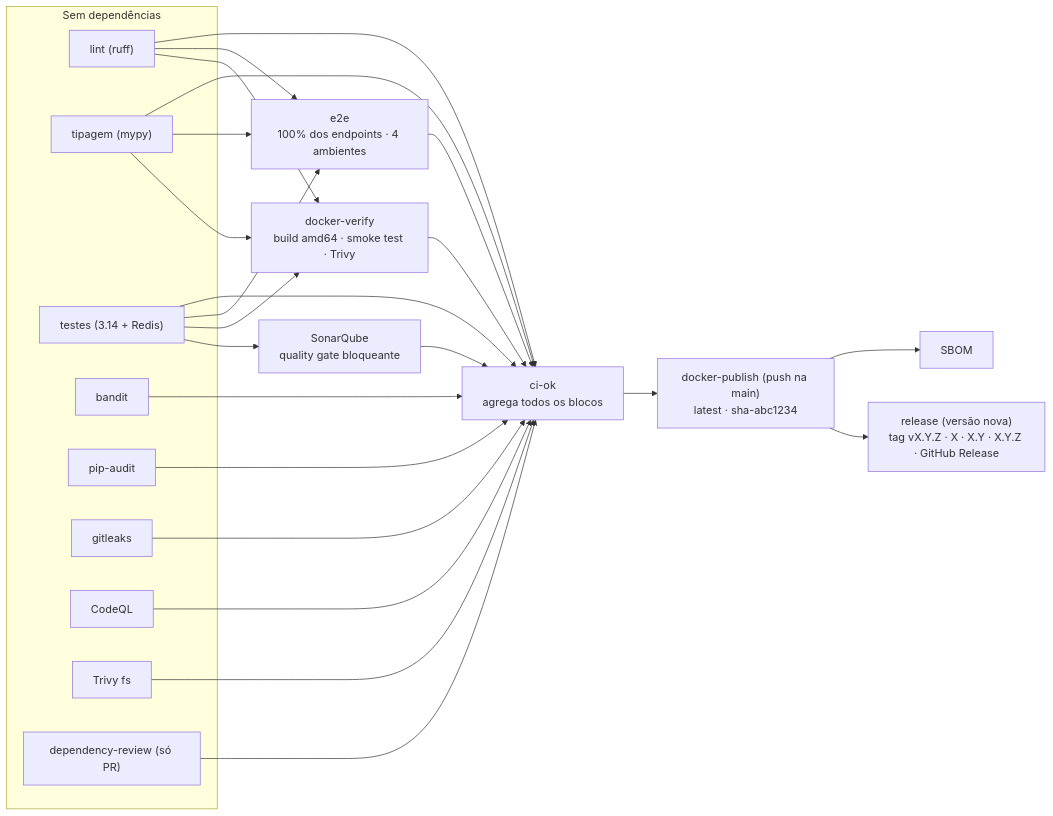
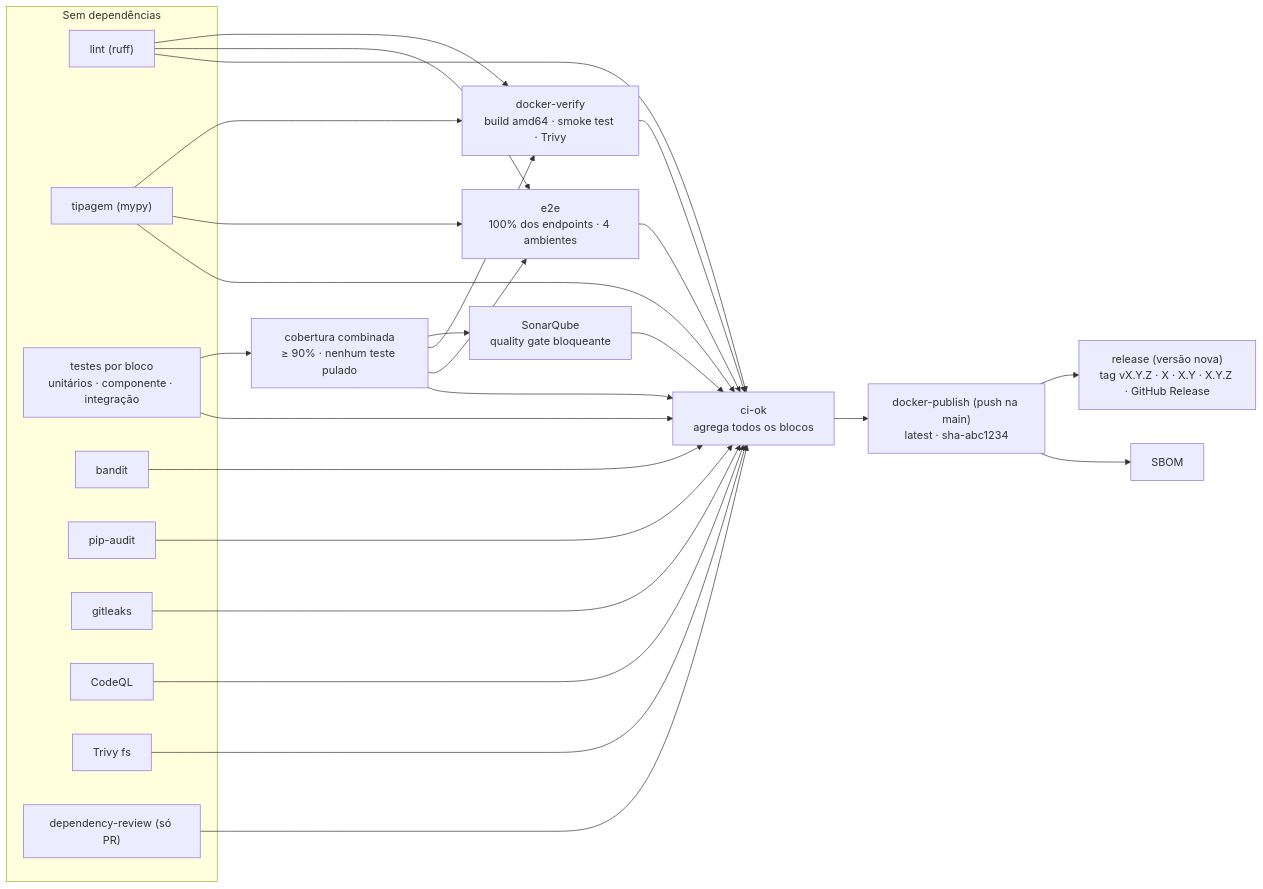
The sixth of 7 diagrams in README.md (rlquilez/b3datetime), drawn with Mermaid before and after one commit. The commit also changed other lines of this file and 24 other files, not shown here.

First line of the commit message:
test(ci): um job por bloco de teste e cobertura combinada com tripwires

````diff
--- a/README.md
+++ b/README.md
@@ -867,20 +869,20 @@
 ```mermaid
 flowchart LR
     subgraph paralelo["Sem dependências"]
         lint["lint (ruff)"]
         typecheck["tipagem (mypy)"]
-        test["testes (3.14 + Redis)"]
+        test["testes por bloco<br/>unitários · componente · integração"]
         bandit["bandit"]
         pipaudit["pip-audit"]
         gitleaks["gitleaks"]
         codeql["CodeQL"]
         trivyfs["Trivy fs"]
         depreview["dependency-review (só PR)"]
     end
-    test --> sonar["SonarQube<br/>quality gate bloqueante"]
-    lint & typecheck & test --> dv["docker-verify<br/>build amd64 · smoke test · Trivy"]
-    lint & typecheck & test --> e2e["e2e<br/>100% dos endpoints · 4 ambientes"]
+    test --> cov["cobertura combinada<br/>≥ 90% · nenhum teste pulado"] --> sonar["SonarQube<br/>quality gate bloqueante"]
+    lint & typecheck & cov --> dv["docker-verify<br/>build amd64 · smoke test · Trivy"]
+    lint & typecheck & cov --> e2e["e2e<br/>100% dos endpoints · 4 ambientes"]
     pub --> rel["release (versão nova)<br/>tag vX.Y.Z · X · X.Y · X.Y.Z · GitHub Release"]
-    lint & typecheck & test & sonar & bandit & pipaudit & gitleaks & codeql & trivyfs & dv & e2e & depreview --> ok["ci-ok<br/>agrega todos os blocos"]
+    lint & typecheck & test & cov & sonar & bandit & pipaudit & gitleaks & codeql & trivyfs & dv & e2e & depreview --> ok["ci-ok<br/>agrega todos os blocos"]
     ok --> pub["docker-publish (push na main)<br/>latest · sha-abc1234"] --> sbom["SBOM"]
 ```
````
